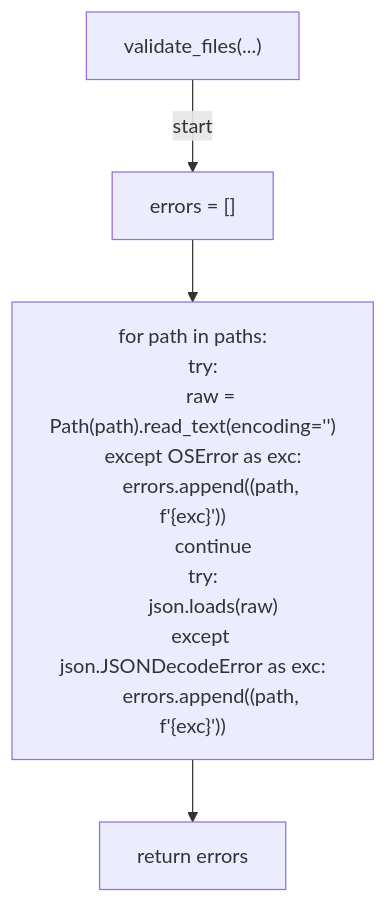
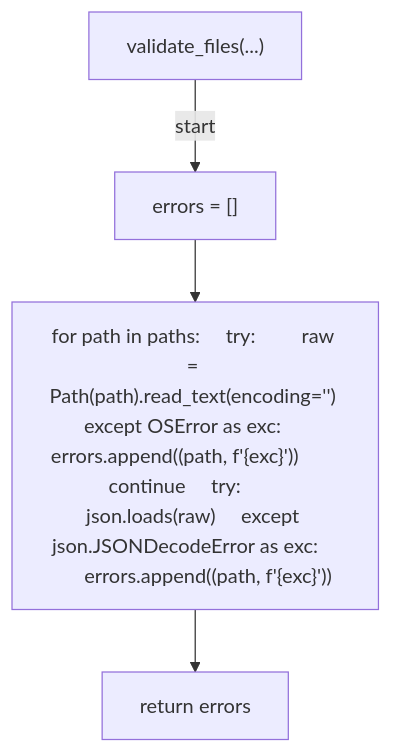
One commit to tvna/claude-md changed the first of 3 diagrams in docs/generated/scripts/ast/validate_json_syntax.md. Above: the diagram before and after it, drawn with Mermaid. The commit also changed other lines of this file and 15 other files, not shown here.

First line of the commit message:
docs(generated): regenerate decision tree and workflow diagrams (batch 5/5)

````diff
--- a/docs/generated/scripts/ast/validate_json_syntax.md
+++ b/docs/generated/scripts/ast/validate_json_syntax.md
@@ -7,19 +7,10 @@
 ```mermaid
 flowchart TD
     N001["validate_files(...)"]
     N002["errors = []"]
-    N003["for path in paths:
-    try:
-        raw = Path(path).read_text(encoding='<str>')
-    except OSError as exc:
-        errors.append((path, f'<str>{exc}'))
-        continue
-    try:
-        json.loads(raw)
-    except json.JSONDecodeError as exc:
-        errors.append((path, f'<str>{exc}'))"]
+    N003["for path in paths:     try:         raw = Path(path).read_text(encoding='<str>')     except OSError as exc:         errors.append((path, f'<str>{exc}'))         continue     try:         json.loads(raw)     except json.JSONDecodeError as exc:         errors.append((path, f'<str>{exc}'))"]
     N004["return errors"]
     N001 -->|"start"| N002
     N002 --> N003
     N003 --> N004
 ```
````
